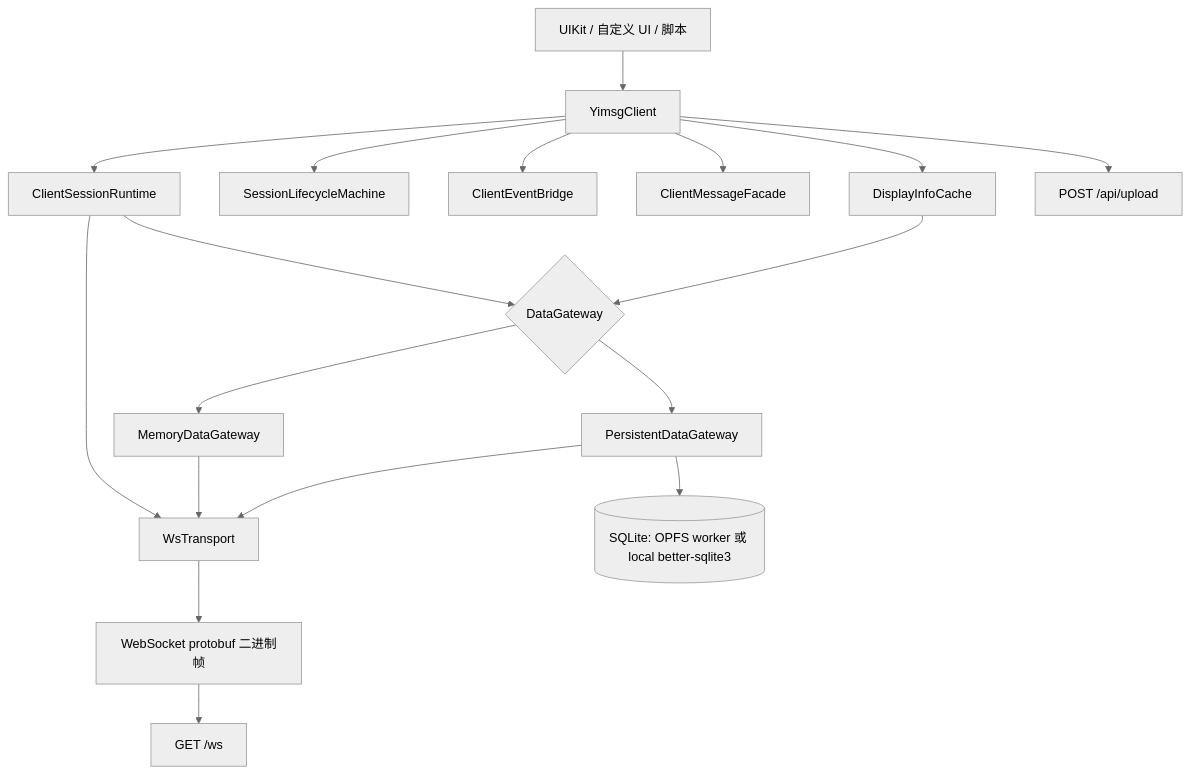
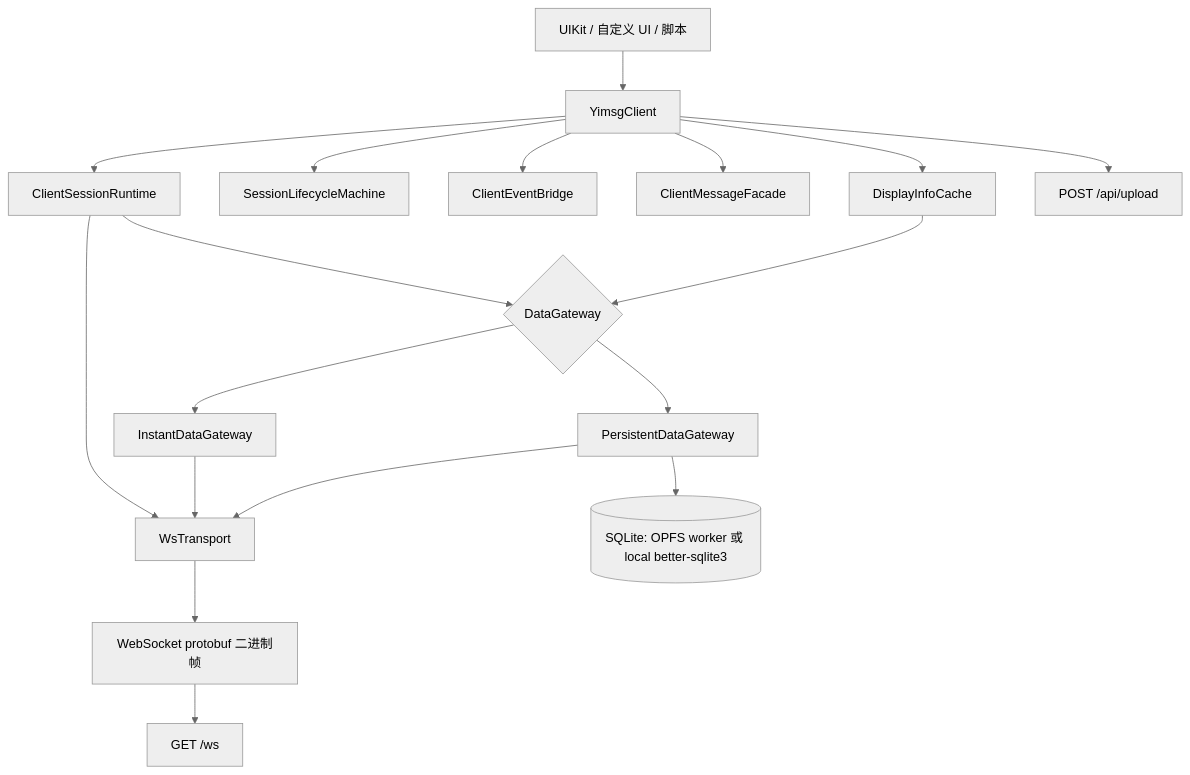
Before and after one commit to dacez/yimsg: the first of 4 diagrams in docs/frontend/sdk设计方案.md, drawn with Mermaid (neutral theme). The commit also changed other lines of this file and 22 other files, not shown here.

````diff
--- a/docs/frontend/sdk设计方案.md
+++ b/docs/frontend/sdk设计方案.md
@@ -18,23 +18,23 @@
 ```mermaid
 flowchart TD
   UI[UIKit / 自定义 UI / 脚本] --> Client[YimsgClient]
   Client --> Runtime[ClientSessionRuntime]
   Client --> Lifecycle[SessionLifecycleMachine]
   Client --> EventBridge[ClientEventBridge]
   Client --> MessageFacade[ClientMessageFacade]
   Client --> DisplayCache[DisplayInfoCache]
   Client --> Upload[POST /api/upload]
 
   Runtime --> Transport[WsTransport]
   Runtime --> DataGateway{DataGateway}
-  DataGateway --> MemoryGateway[MemoryDataGateway]
+  DataGateway --> InstantGateway[InstantDataGateway]
   DataGateway --> PersistentGateway[PersistentDataGateway]
 
-  MemoryGateway --> Transport
+  InstantGateway --> Transport
   PersistentGateway --> Transport
   PersistentGateway --> SQLite[(SQLite: OPFS worker 或 local better-sqlite3)]
   DisplayCache --> DataGateway
 
   Transport --> Frame[WebSocket protobuf 二进制帧]
   Frame --> Server[GET /ws]
 ```
````
